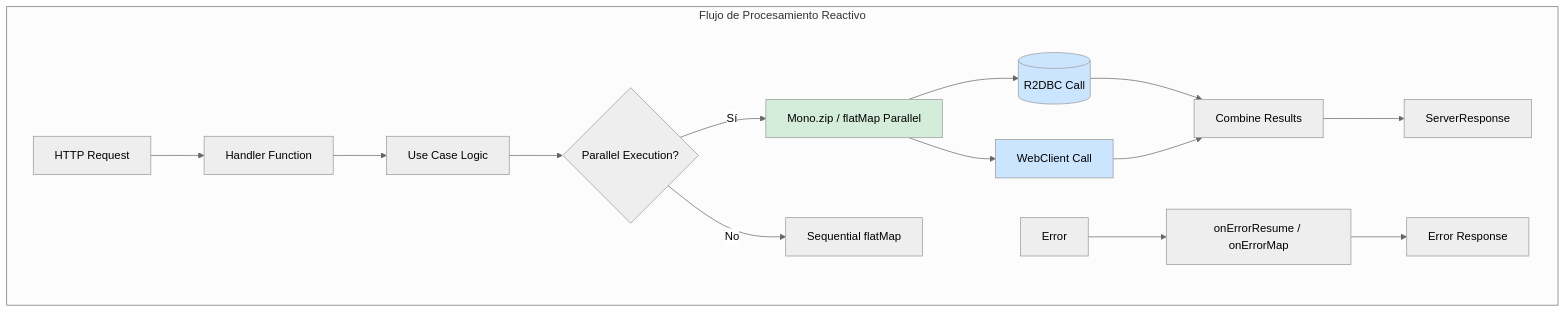
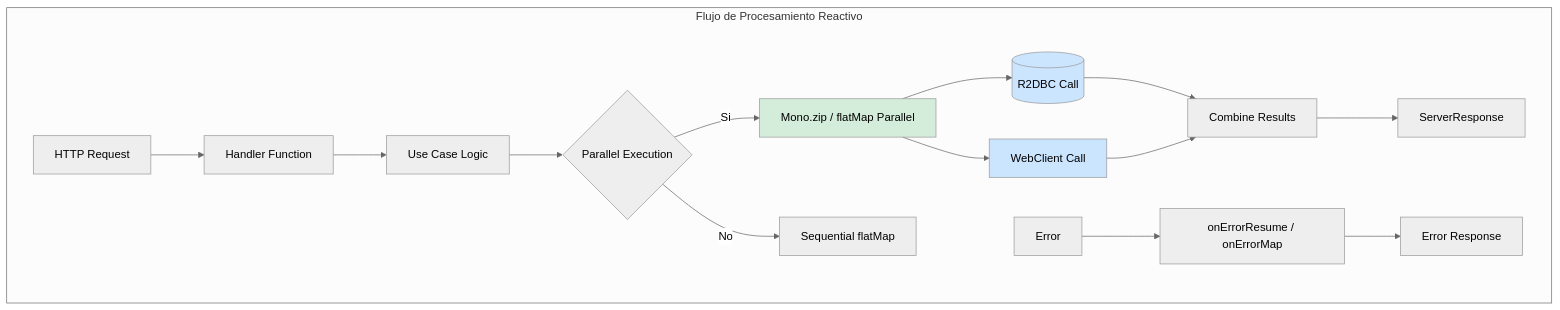
Before and after one commit to Joaquinriosheredia/DAM-Java-Mastery: the third of 5 diagrams in 02_Arquitectura/arquitectura_de_microservicios_reactivos_con_spring_boot_3.3_y_r2dbc_STAFF.md, drawn with Mermaid (neutral theme). The commit also changed other lines of this file, not shown here.

````diff
--- a/02_Arquitectura/arquitectura_de_microservicios_reactivos_con_spring_boot_3.3_y_r2dbc_STAFF.md
+++ b/02_Arquitectura/arquitectura_de_microservicios_reactivos_con_spring_boot_3.3_y_r2dbc_STAFF.md
@@ -314,26 +358,26 @@
 ```mermaid
 graph TD
     subgraph "Flujo de Procesamiento Reactivo"
         REQ[HTTP Request] --> HANDLER[Handler Function]
         HANDLER --> USECASE[Use Case Logic]
         
-        USECASE --> PARALLEL{Parallel Execution?}
-        PARALLEL -->|Sí| ZIP[Mono.zip / flatMap Parallel]
+        USECASE --> PARALLEL{Parallel Execution}
+        PARALLEL -->|Si| ZIP[Mono.zip / flatMap Parallel]
         PARALLEL -->|No| SEQ[Sequential flatMap]
         
         ZIP --> DB_CALL[(R2DBC Call)]
         ZIP --> EXT_CALL[WebClient Call]
         
         DB_CALL --> COMBINE[Combine Results]
         EXT_CALL --> COMBINE
         
         COMBINE --> RESP[ServerResponse]
         
         ERR[Error] --> ON_ERROR[onErrorResume / onErrorMap]
         ON_ERROR --> RESP_ERR[Error Response]
     end
     
     style ZIP fill:#d4edda
     style DB_CALL fill:#cce5ff
     style EXT_CALL fill:#cce5ff
 ```
````
